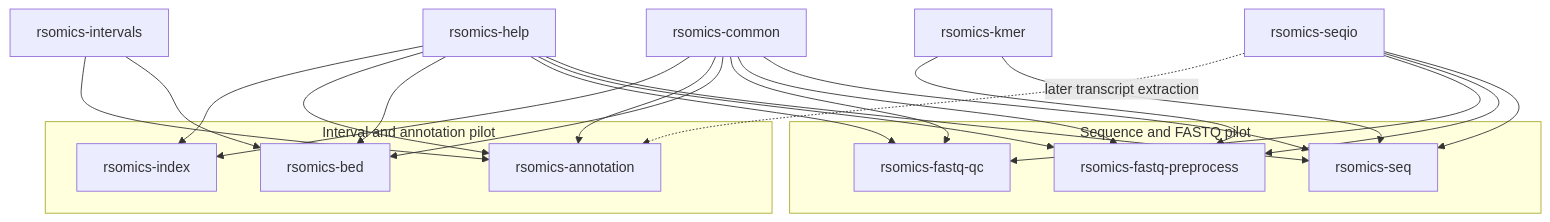
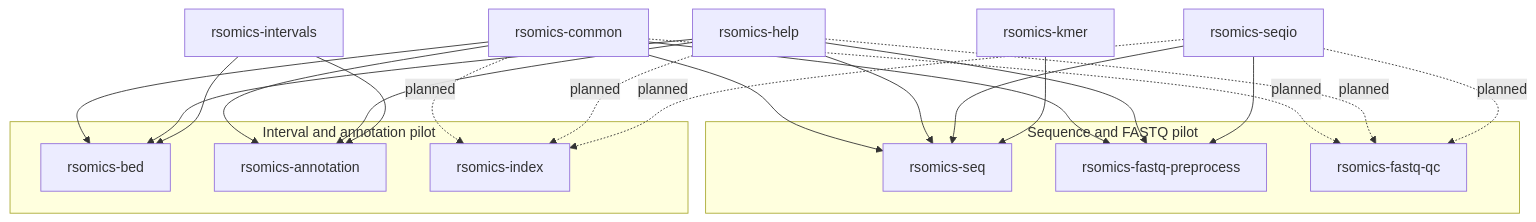
The diagram in docs/10-products/README.md (omics-rust/rsomics-world), drawn with Mermaid before and after one commit. The commit also changed other lines of this file and 5 other files, not shown here.

````diff
--- a/docs/10-products/README.md
+++ b/docs/10-products/README.md
@@ -58,35 +58,34 @@
 ```mermaid
 flowchart TB
     subgraph sequence["Sequence and FASTQ pilot"]
         seq["rsomics-seq"]
         prep["rsomics-fastq-preprocess"]
         qc["rsomics-fastq-qc"]
     end
 
     subgraph interval["Interval and annotation pilot"]
         bed["rsomics-bed"]
         annotation["rsomics-annotation"]
         index["rsomics-index"]
     end
 
     common["rsomics-common"] --> seq
     common --> prep
-    common --> qc
     common --> bed
     common --> annotation
-    common --> index
+    common -. planned .-> qc
+    common -. planned .-> index
     help["rsomics-help"] --> seq
     help --> prep
-    help --> qc
     help --> bed
     help --> annotation
-    help --> index
+    help -. planned .-> qc
+    help -. planned .-> index
     seqio["rsomics-seqio"] --> seq
     seqio --> prep
-    seqio --> qc
-    seqio -. later transcript extraction .-> annotation
+    seqio -. planned .-> qc
+    seqio -. planned .-> index
     kmer["rsomics-kmer"] --> seq
-    kmer --> prep
     intervals["rsomics-intervals"] --> bed
     intervals --> annotation
 ```
````
